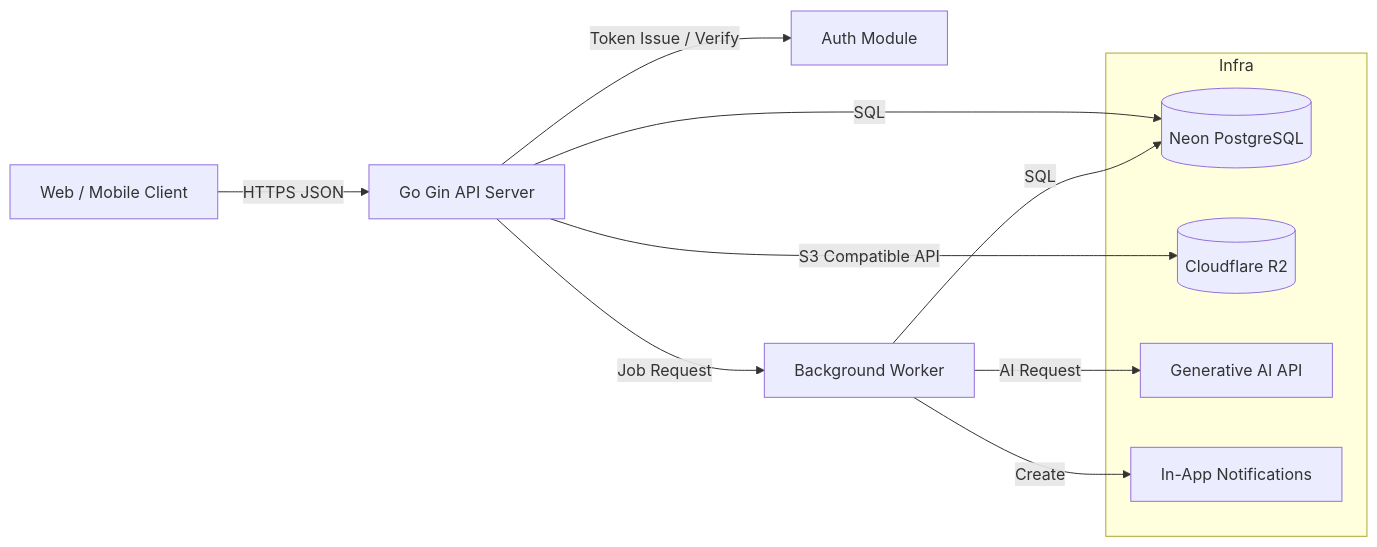
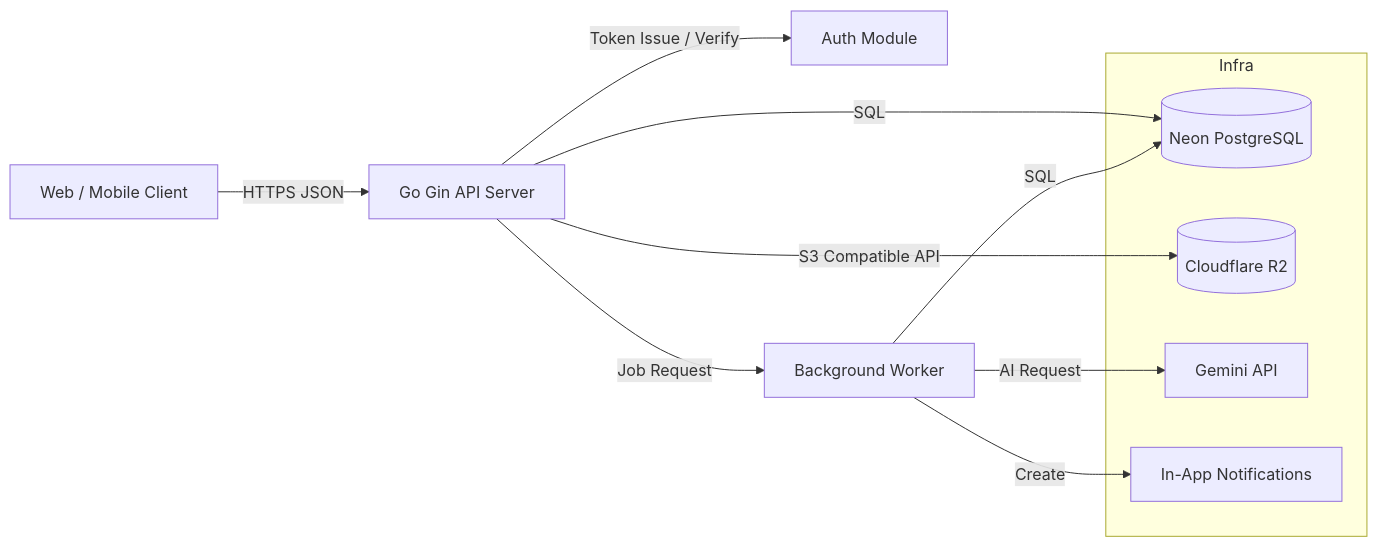
Before and after one commit to Electric-Sheep-team6/backend: the first of 5 diagrams in doc/basic_design/architecture.md, drawn with Mermaid. The commit also changed other lines of this file and 2 other files, not shown here.

````diff
--- a/doc/basic_design/architecture.md
+++ b/doc/basic_design/architecture.md
@@ -7,18 +7,18 @@
 ```mermaid
 graph LR
   Web[Web / Mobile Client] -->|HTTPS JSON| API[Go Gin API Server]
   API -->|SQL| DB[(Neon PostgreSQL)]
   API -->|S3 Compatible API| Storage[(Cloudflare R2)]
   API -->|Token Issue / Verify| Auth[Auth Module]
   API -->|Job Request| Worker[Background Worker]
   Worker -->|SQL| DB
-  Worker -->|AI Request| AI[Generative AI API]
+  Worker -->|AI Request| AI[Gemini API]
   Worker -->|Create| Notify[In-App Notifications]
 
   subgraph Infra
     DB
     Storage
     AI
     Notify
   end
 ```
````
